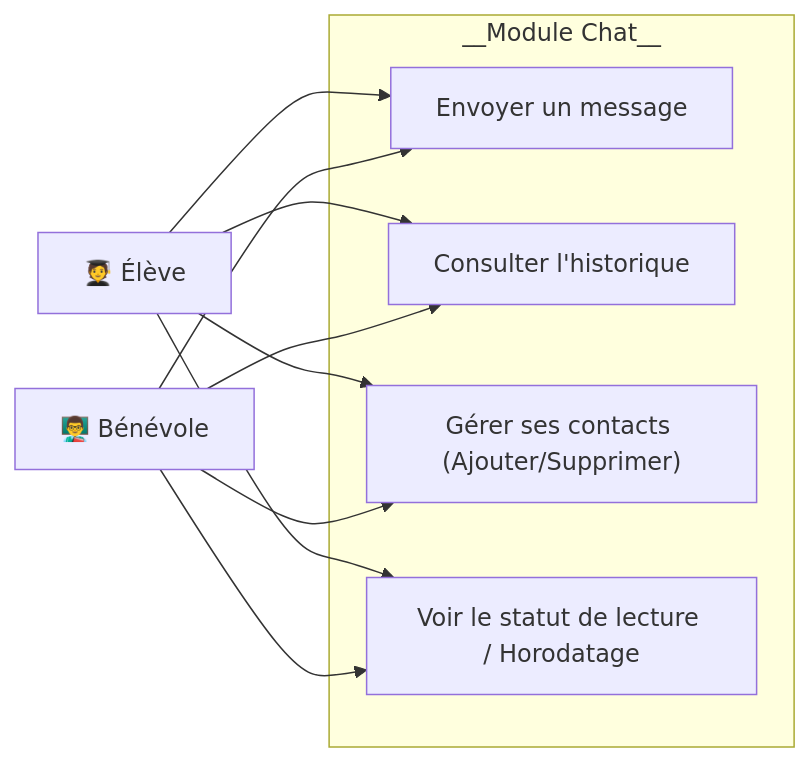
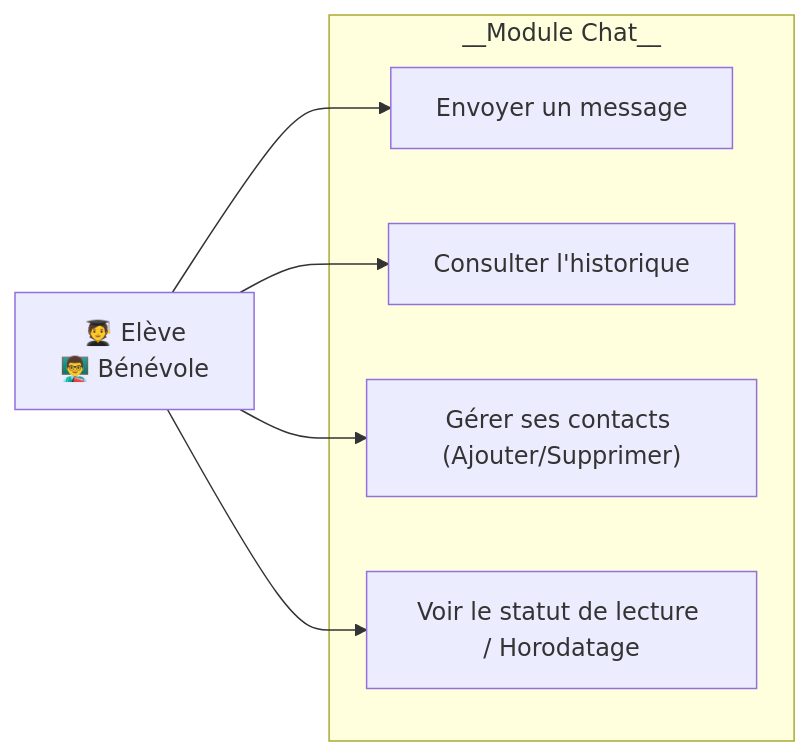
Before and after one commit to nutbreaker/projet_5: the second of 5 diagrams in cas_usage.md, drawn with Mermaid. The commit also changed other lines of this file, not shown here.

````diff
--- a/cas_usage.md
+++ b/cas_usage.md
@@ -43,22 +43,19 @@
 ```mermaid
 graph LR
-    E["🧑‍🎓 Élève"]
-    B["👨‍🏫 Bénévole"]
+    U["
+        🧑‍🎓 Elève
+        👨‍🏫 Bénévole
+    "]
     
     subgraph "__Module Chat__"
         UC5["Envoyer un message"]
         UC6["Consulter l'historique"]
         UC7["Gérer ses contacts (Ajouter/Supprimer)"]
         UC8["Voir le statut de lecture / Horodatage"]
     end
     
-    E --> UC5
-    E --> UC6
-    E --> UC7
-    E --> UC8
-    
-    B --> UC5
-    B --> UC6
-    B --> UC7
-    B --> UC8
+    U --> UC5
+    U --> UC6
+    U --> UC7
+    U --> UC8
 ```
````
